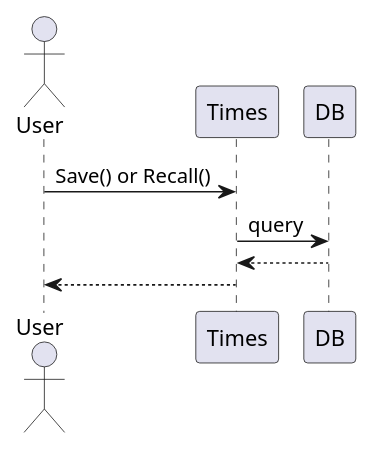
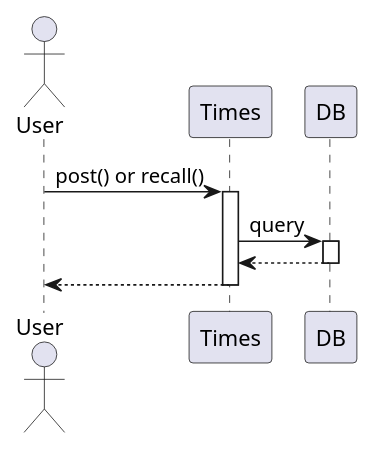
One commit to gatakaba/times changed the second of 3 diagrams in docs/times.md. Above: the diagram before and after it, drawn with PlantUML. The commit also changed other lines of this file and 3 other files, not shown here.

````diff
--- a/docs/times.md
+++ b/docs/times.md
@@ -15,10 +23,10 @@
 ```plantuml
 actor User
 participant Times
 participant DB
-
-User -> Times : Save() or Recall()
+autoactivate on
+User -> Times : post() or recall()
 Times -> DB : query
-DB --> Times
-Times --> User
+return
+return
 ```
````
